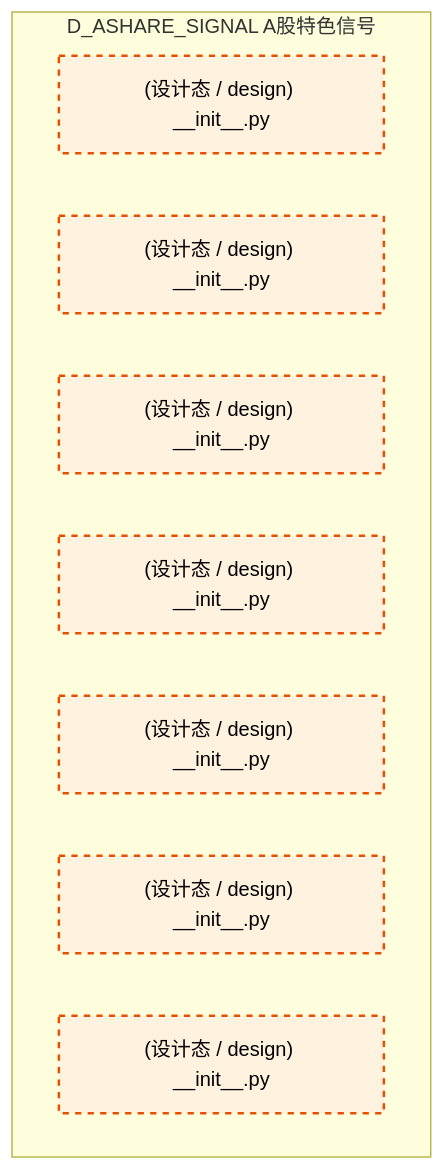
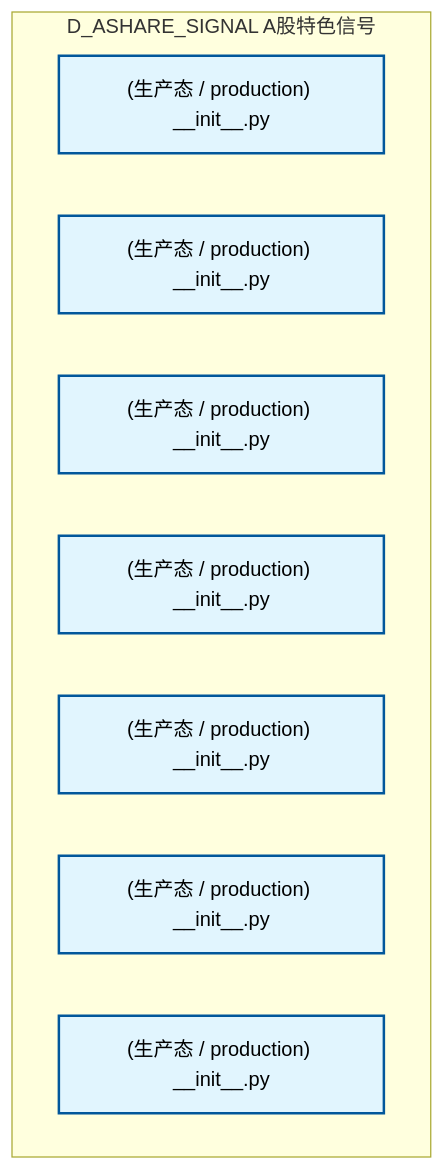
One commit to xuanFelixVan/ZephyrAlpha changed the second of 2 diagrams in docs/02_enterprise_architecture/02_domain_architecture_docs/27_d_ashare_signal.md. Above: the diagram before and after it, drawn with Mermaid. The commit also changed other lines of this file and 128 other files, not shown here.

````diff
--- a/docs/02_enterprise_architecture/02_domain_architecture_docs/27_d_ashare_signal.md
+++ b/docs/02_enterprise_architecture/02_domain_architecture_docs/27_d_ashare_signal.md
@@ -102,17 +89,17 @@
 ```mermaid
 graph TD
     subgraph D_ASHARE_SIGNAL["D_ASHARE_SIGNAL A股特色信号"]
-        src_zephyr_signal_ashare_init_py["(设计态 / design) __init__.py"]
-        src_zephyr_signal_ashare_extensions_init_py["(设计态 / design) __init__.py"]
-        src_zephyr_signal_ashare_api_init_py["(设计态 / design) __init__.py"]
-        src_zephyr_signal_ashare_core_init_py["(设计态 / design) __init__.py"]
-        src_zephyr_signal_ashare_infrastructure_init_py["(设计态 / design) __init__.py"]
-        src_zephyr_signal_ashare_models_init_py["(设计态 / design) __init__.py"]
-        src_zephyr_signal_ashare_services_init_py["(设计态 / design) __init__.py"]
+        src_zephyr_signal_ashare_init_py["(生产态 / production) __init__.py"]
+        src_zephyr_signal_ashare_extensions_init_py["(生产态 / production) __init__.py"]
+        src_zephyr_signal_ashare_api_init_py["(生产态 / production) __init__.py"]
+        src_zephyr_signal_ashare_core_init_py["(生产态 / production) __init__.py"]
+        src_zephyr_signal_ashare_infrastructure_init_py["(生产态 / production) __init__.py"]
+        src_zephyr_signal_ashare_models_init_py["(生产态 / production) __init__.py"]
+        src_zephyr_signal_ashare_services_init_py["(生产态 / production) __init__.py"]
     end
     classDef production fill:#e1f5fe,stroke:#01579b,stroke-width:2px,color:#000
     classDef design fill:#fff3e0,stroke:#e65100,stroke-width:2px,color:#000,stroke-dasharray: 5 5
     classDef external_prod fill:#e8f5e9,stroke:#1b5e20,stroke-width:1px,color:#000
     classDef external_design fill:#fce4ec,stroke:#880e4f,stroke-width:1px,color:#000,stroke-dasharray: 5 5
-    class src_zephyr_signal_ashare_init_py,src_zephyr_signal_ashare_extensions_init_py,src_zephyr_signal_ashare_api_init_py,src_zephyr_signal_ashare_core_init_py,src_zephyr_signal_ashare_infrastructure_init_py,src_zephyr_signal_ashare_models_init_py,src_zephyr_signal_ashare_services_init_py design
+    class src_zephyr_signal_ashare_init_py,src_zephyr_signal_ashare_extensions_init_py,src_zephyr_signal_ashare_api_init_py,src_zephyr_signal_ashare_core_init_py,src_zephyr_signal_ashare_infrastructure_init_py,src_zephyr_signal_ashare_models_init_py,src_zephyr_signal_ashare_services_init_py production
 ```
````
